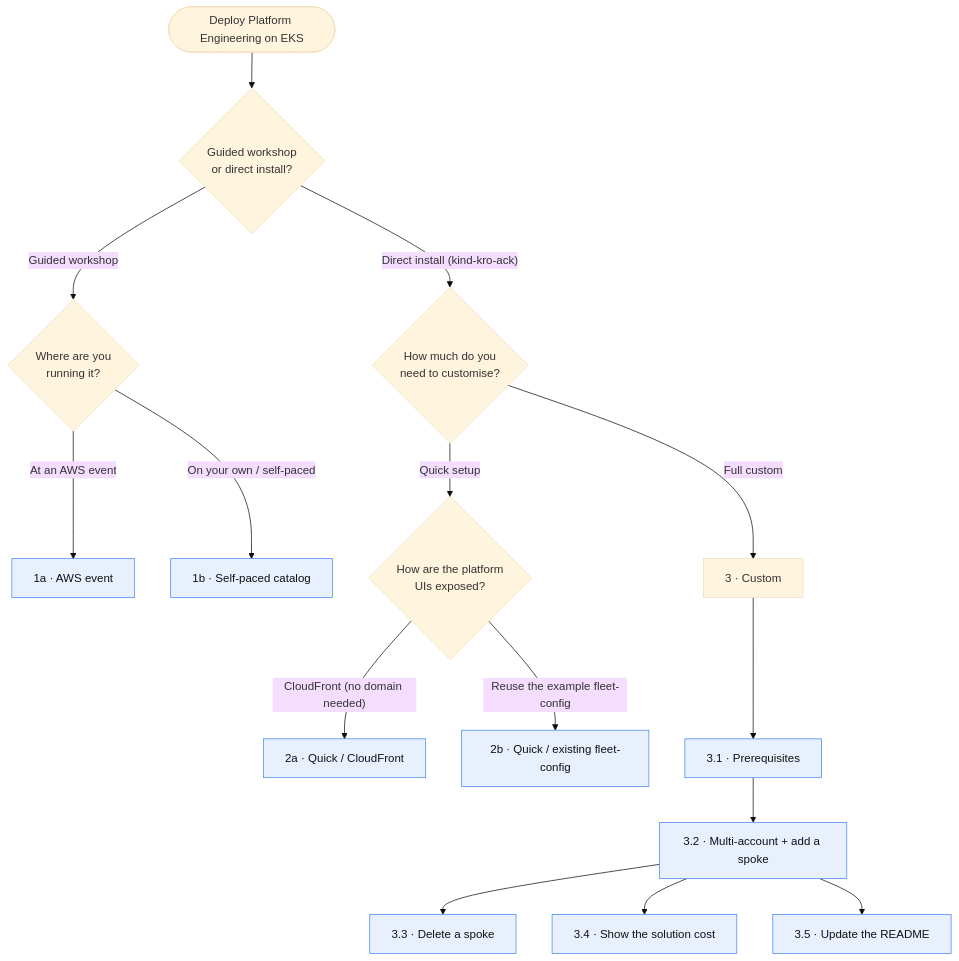
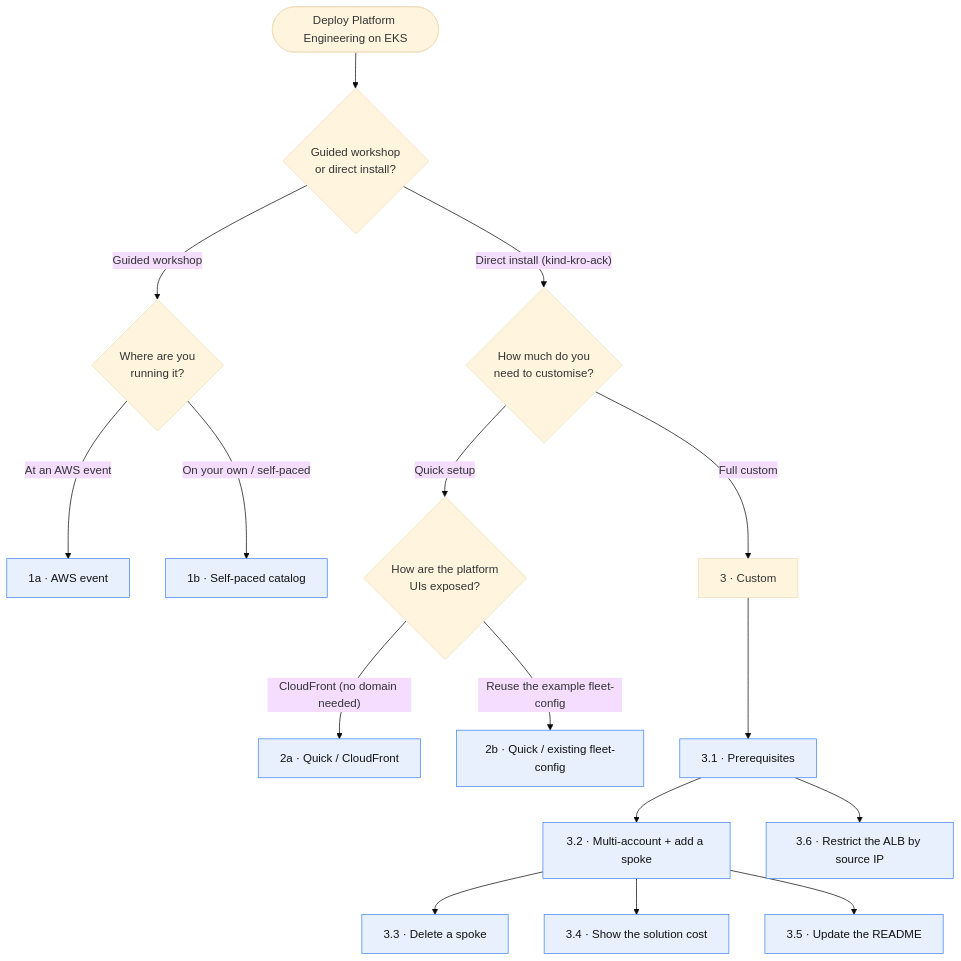
The diagram in docs/non-workshop/README.md (aws-samples/appmod-blueprints), drawn with Mermaid (base theme) before and after one commit. The commit also changed other lines of this file and 1 other file, not shown here.

Commit message:
docs(non-workshop): 3.6 restrict the platform ALB by source IP (refs #1157)
Document the ingress-class-alb inboundCidrs/extraInboundCidrs allowlist:
where to set it in the fleet-config overlay, how to change or remove it,
verification, and pitfalls (hub NAT egress IP for in-cluster Keycloak
token validation, verifying the ALB-seen IP via VPC flow logs, SG rule
limits, CloudFront VPC-origin mode, self-lockout). Also note the Langfuse
keycloak.disableSignup knob. Linked from the install guide.

````diff
--- a/docs/non-workshop/README.md
+++ b/docs/non-workshop/README.md
@@ -16,24 +16,25 @@
 ```mermaid
 flowchart TD
     Start(["Deploy Platform Engineering on EKS"]) --> Q1{"Guided workshop<br/>or direct install?"}
 
     Q1 -->|"Guided workshop"| W{"Where are you<br/>running it?"}
     W -->|"At an AWS event"| W1["1a · AWS event"]
     W -->|"On your own / self-paced"| W2["1b · Self-paced catalog"]
 
     Q1 -->|"Direct install (kind-kro-ack)"| D{"How much do you<br/>need to customise?"}
 
     D -->|"Quick setup"| QX{"How are the platform<br/>UIs exposed?"}
     QX -->|"CloudFront (no domain needed)"| QC["2a · Quick / CloudFront"]
     QX -->|"Reuse the example fleet-config"| QF["2b · Quick / existing fleet-config"]
 
     D -->|"Full custom"| C["3 · Custom"]
     C --> C1["3.1 · Prerequisites"]
     C1 --> C2["3.2 · Multi-account + add a spoke"]
     C2 --> C3["3.3 · Delete a spoke"]
     C2 --> C4["3.4 · Show the solution cost"]
     C2 --> C5["3.5 · Update the README"]
+    C1 --> C6["3.6 · Restrict the ALB by source IP"]
 
     classDef leaf fill:#e8f0fe,stroke:#4285f4,color:#111;
-    class W1,W2,QC,QF,C1,C2,C3,C4,C5 leaf;
+    class W1,W2,QC,QF,C1,C2,C3,C4,C5,C6 leaf;
 ```
````
